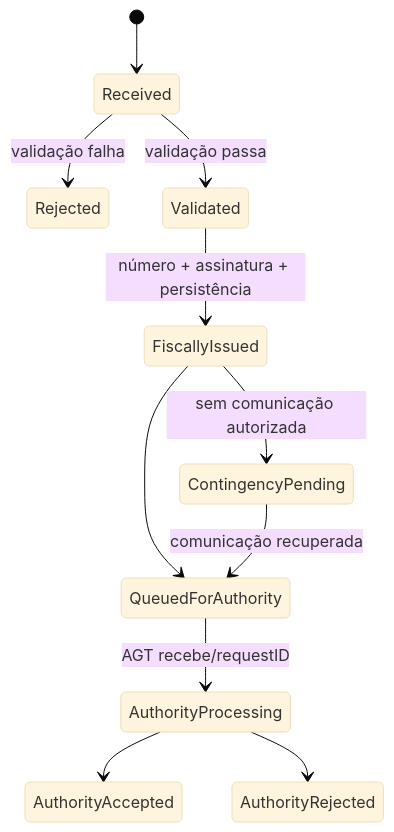
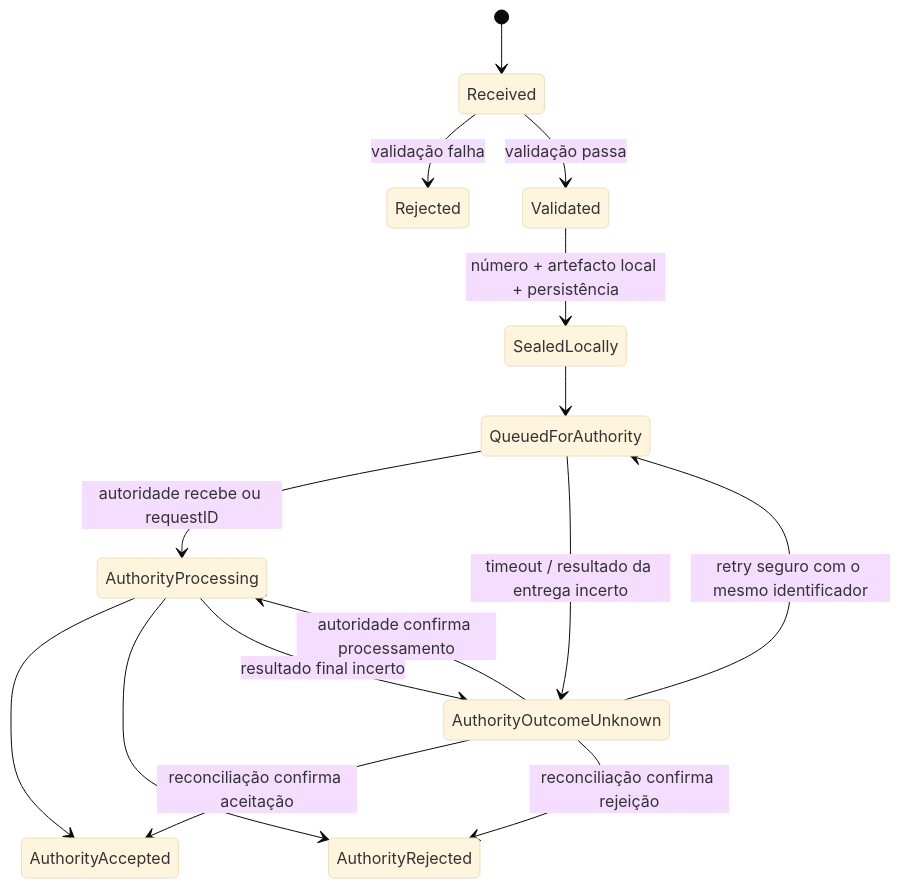
Before and after one commit to storesace-cv/bwb-modulo-fiscal: the diagram in docs/04-domain/document-state-machine.md, drawn with Mermaid (base theme). The commit also changed other lines of this file and 5 other files, not shown here.

````diff
--- a/docs/04-domain/document-state-machine.md
+++ b/docs/04-domain/document-state-machine.md
@@ -3,13 +5,17 @@
 ```mermaid
 stateDiagram-v2
   [*] --> Received
   Received --> Rejected: validação falha
   Received --> Validated: validação passa
-  Validated --> FiscallyIssued: número + assinatura + persistência
-  FiscallyIssued --> ContingencyPending: sem comunicação autorizada
-  FiscallyIssued --> QueuedForAuthority
-  ContingencyPending --> QueuedForAuthority: comunicação recuperada
-  QueuedForAuthority --> AuthorityProcessing: AGT recebe/requestID
+  Validated --> SealedLocally: número + artefacto local + persistência
+  SealedLocally --> QueuedForAuthority
+  QueuedForAuthority --> AuthorityProcessing: autoridade recebe ou requestID
+  QueuedForAuthority --> AuthorityOutcomeUnknown: timeout / resultado da entrega incerto
   AuthorityProcessing --> AuthorityAccepted
   AuthorityProcessing --> AuthorityRejected
+  AuthorityProcessing --> AuthorityOutcomeUnknown: resultado final incerto
+  AuthorityOutcomeUnknown --> AuthorityProcessing: autoridade confirma processamento
+  AuthorityOutcomeUnknown --> AuthorityAccepted: reconciliação confirma aceitação
+  AuthorityOutcomeUnknown --> AuthorityRejected: reconciliação confirma rejeição
+  AuthorityOutcomeUnknown --> QueuedForAuthority: retry seguro com o mesmo identificador
 ```
````
